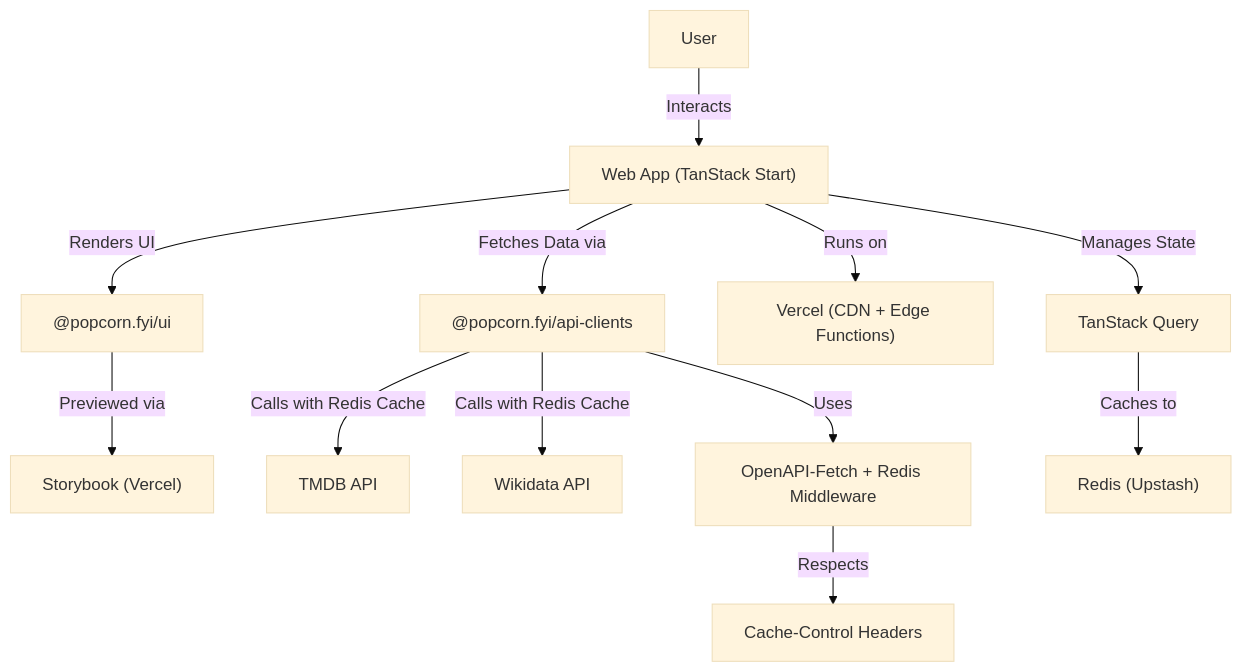
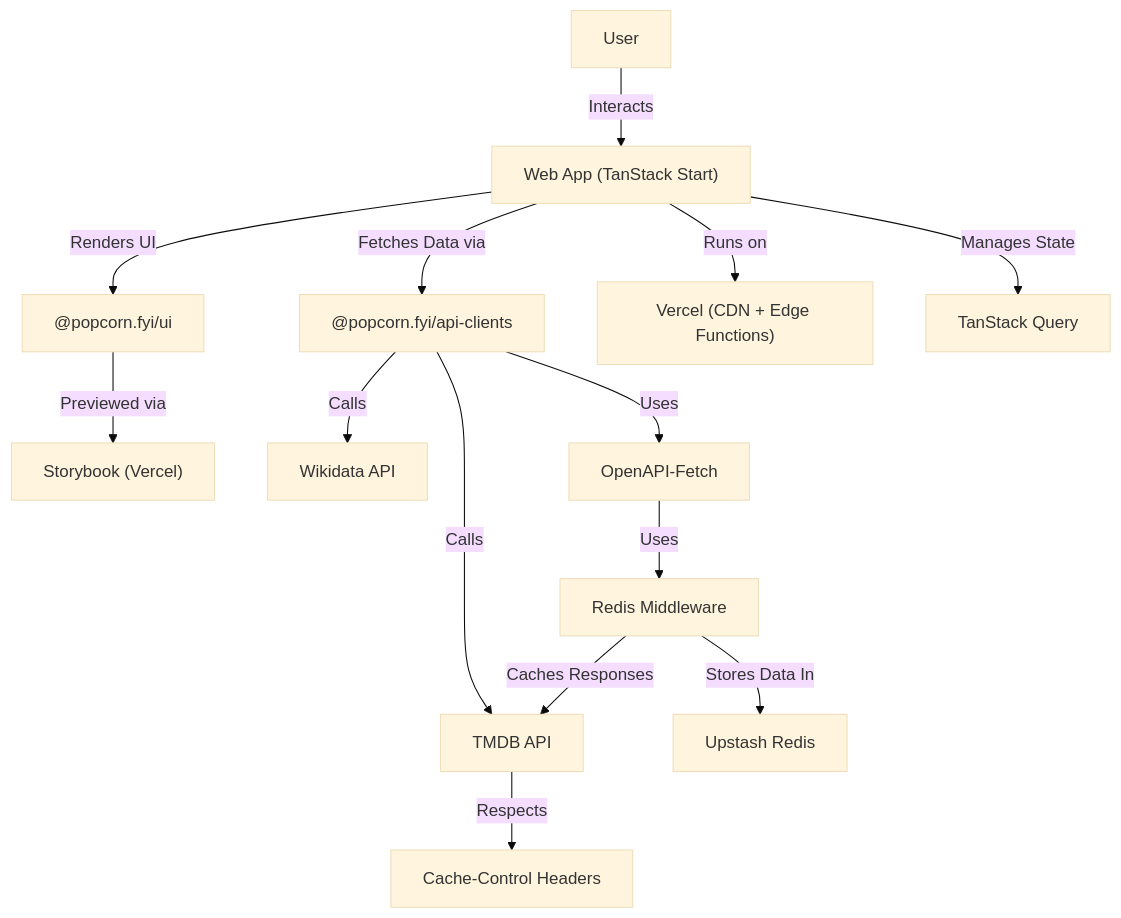
The diagram in docs/architecture.md (jimmy-guzman/popcorn.fyi), drawn with Mermaid (base theme) before and after one commit. The commit also changed other lines of this file and 4 other files, not shown here.

````diff
--- a/docs/architecture.md
+++ b/docs/architecture.md
@@ -3,14 +3,16 @@
 ```mermaid
 graph TD;
     A[User] -->|Interacts| B["Web App (TanStack Start)"]
     B -->|Renders UI| J["@popcorn.fyi/ui"]
     J -->|Previewed via| K["Storybook (Vercel)"]
     B -->|Fetches Data via| C["@popcorn.fyi/api-clients"]
-    C -->|Calls with Redis Cache| D["TMDB API"]
-    C -->|Calls with Redis Cache| E["Wikidata API"]
-    C -->|Uses| F["OpenAPI-Fetch + Redis Middleware"]
+    C -->|Calls| D["TMDB API"]
+    C -->|Calls| E["Wikidata API"]
+    C -->|Uses| F["OpenAPI-Fetch"]
+    F -->|Uses| N["Redis Middleware"]
+    N -->|Caches Responses| D
+    N -->|Stores Data In| O["Upstash Redis"]
+    D -->|Respects| M["Cache-Control Headers"]
     B -->|Runs on| H["Vercel (CDN + Edge Functions)"]
     B -->|Manages State| I["TanStack Query"]
-    I -->|Caches to| L["Redis (Upstash)"]
-    F -->|Respects| M["Cache-Control Headers"]
 ```
````
